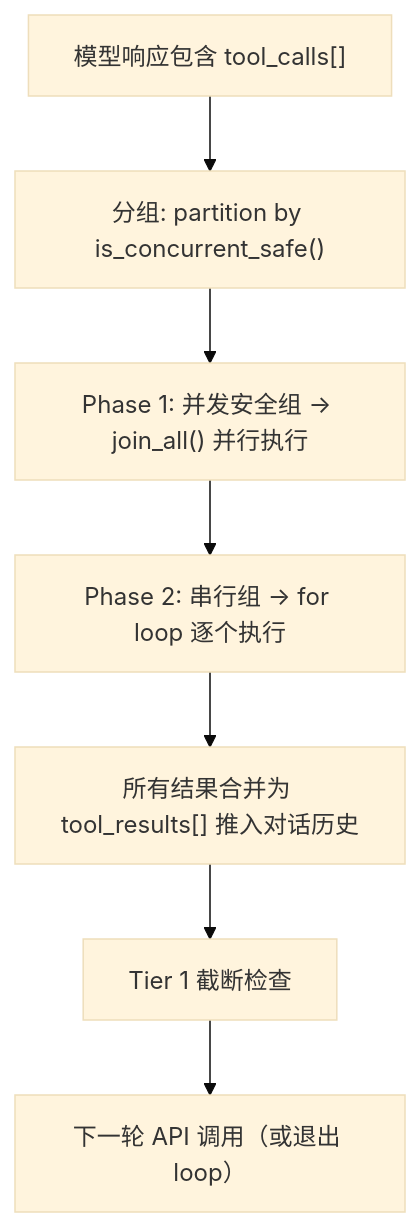
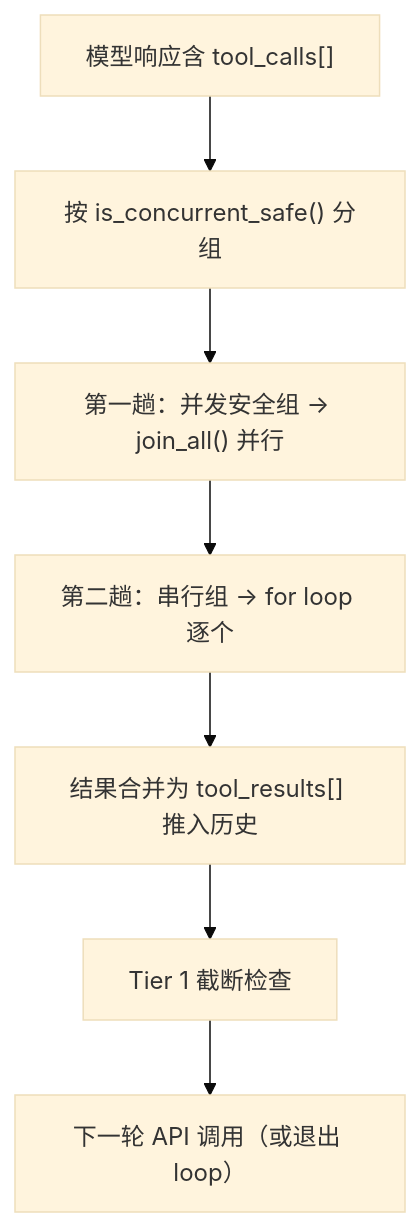
The fifth of 10 diagrams in docs/architecture/tool-system.md (shiwenwen/hope-agent), drawn with Mermaid (base theme) before and after one commit. The commit also changed other lines of this file and 1 other file, not shown here.

First line of the commit message:
🦭docs: 巨无霸 tool-system / im-channel 按新标准重做

````diff
--- a/docs/architecture/tool-system.md
+++ b/docs/architecture/tool-system.md
@@ -525,9 +493,9 @@
 ```mermaid
 flowchart TD
-    A["模型响应包含 tool_calls[]"] --> B["分组: partition by is_concurrent_safe()"]
-    B --> C["Phase 1: 并发安全组 → join_all() 并行执行"]
-    C --> D["Phase 2: 串行组 → for loop 逐个执行"]
-    D --> E["所有结果合并为 tool_results[] 推入对话历史"]
+    A["模型响应含 tool_calls[]"] --> B["按 is_concurrent_safe() 分组"]
+    B --> C["第一趟：并发安全组 → join_all() 并行"]
+    C --> D["第二趟：串行组 → for loop 逐个"]
+    D --> E["结果合并为 tool_results[] 推入历史"]
     E --> F["Tier 1 截断检查"]
     F --> G["下一轮 API 调用（或退出 loop）"]
 ```
````
